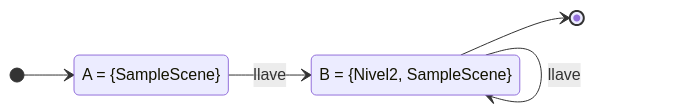
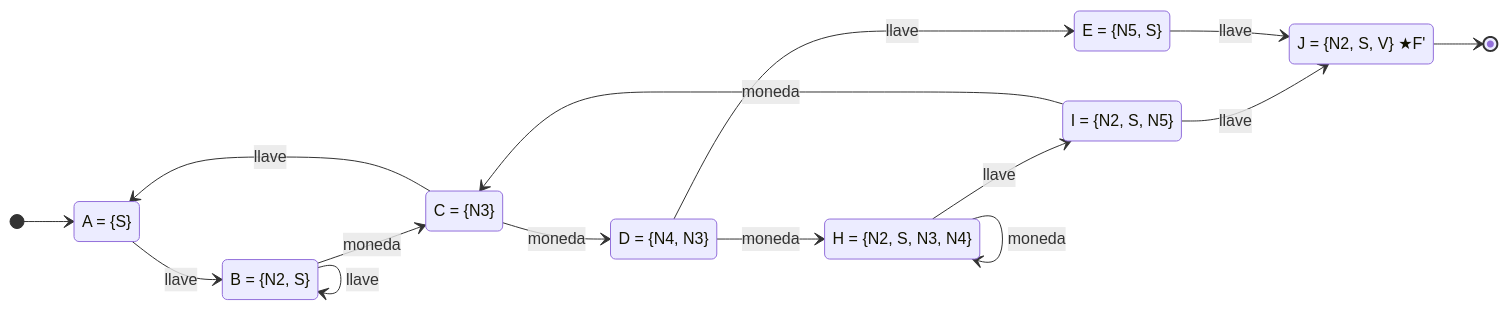
Before and after one commit to JP-Danix/Proyecto_lenguajes: the seventh of 7 diagrams in README.md, drawn with Mermaid. The commit also changed other lines of this file and 18 other files, not shown here.

````diff
--- a/README.md
+++ b/README.md
@@ -728,12 +816,28 @@
 ```mermaid
 stateDiagram-v2
     direction LR
 
-    state "A = {SampleScene}" as A
-    state "B = {Nivel2, SampleScene}" as B
+    state "A = {S}" as A
+    state "B = {N2, S}" as B
+    state "C = {N3}" as C
+    state "D = {N4, N3}" as D
+    state "E = {N5, S}" as E
+    state "H = {N2, S, N3, N4}" as H
+    state "I = {N2, S, N5}" as I
+    state "J = {N2, S, V} ★F'" as J
 
     [*] --> A
     A --> B : llave
     B --> B : llave
-    B --> [*]
+    B --> C : moneda
+    C --> A : llave
+    C --> D : moneda
+    D --> E : llave
+    D --> H : moneda
+    H --> I : llave
+    H --> H : moneda
+    I --> J : llave
+    I --> C : moneda
+    E --> J : llave
+    J --> [*]
 ```
````
